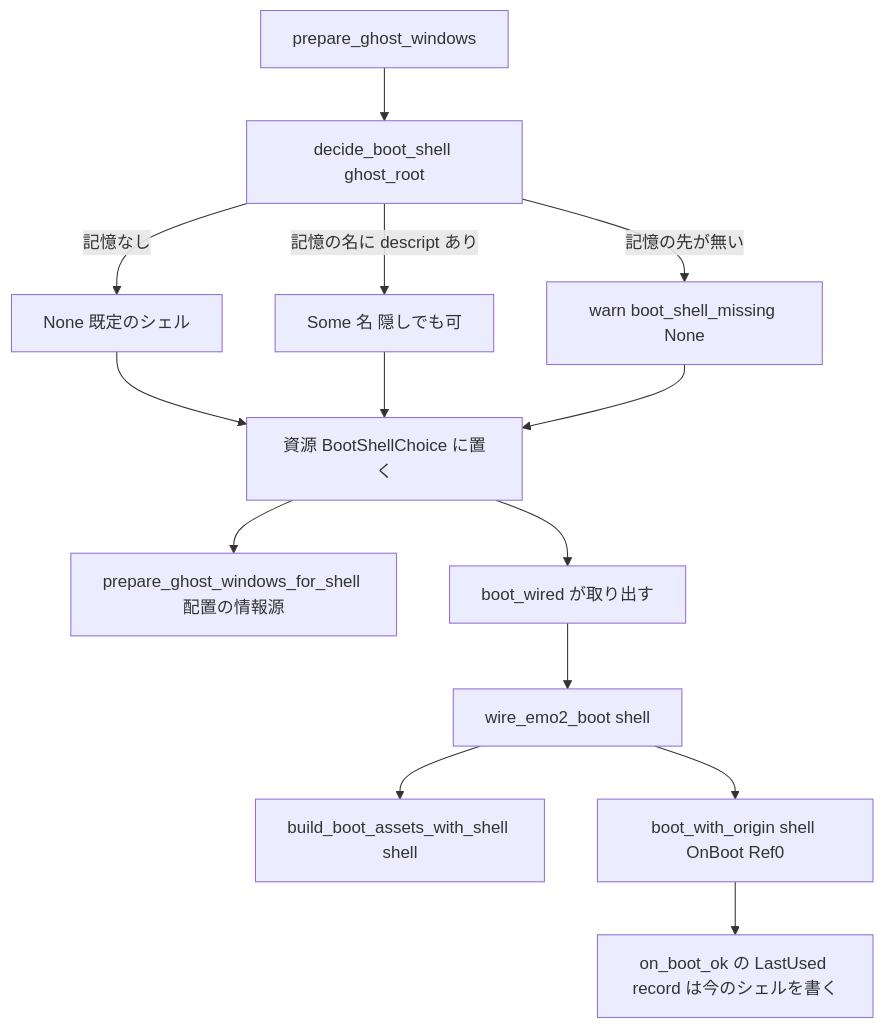
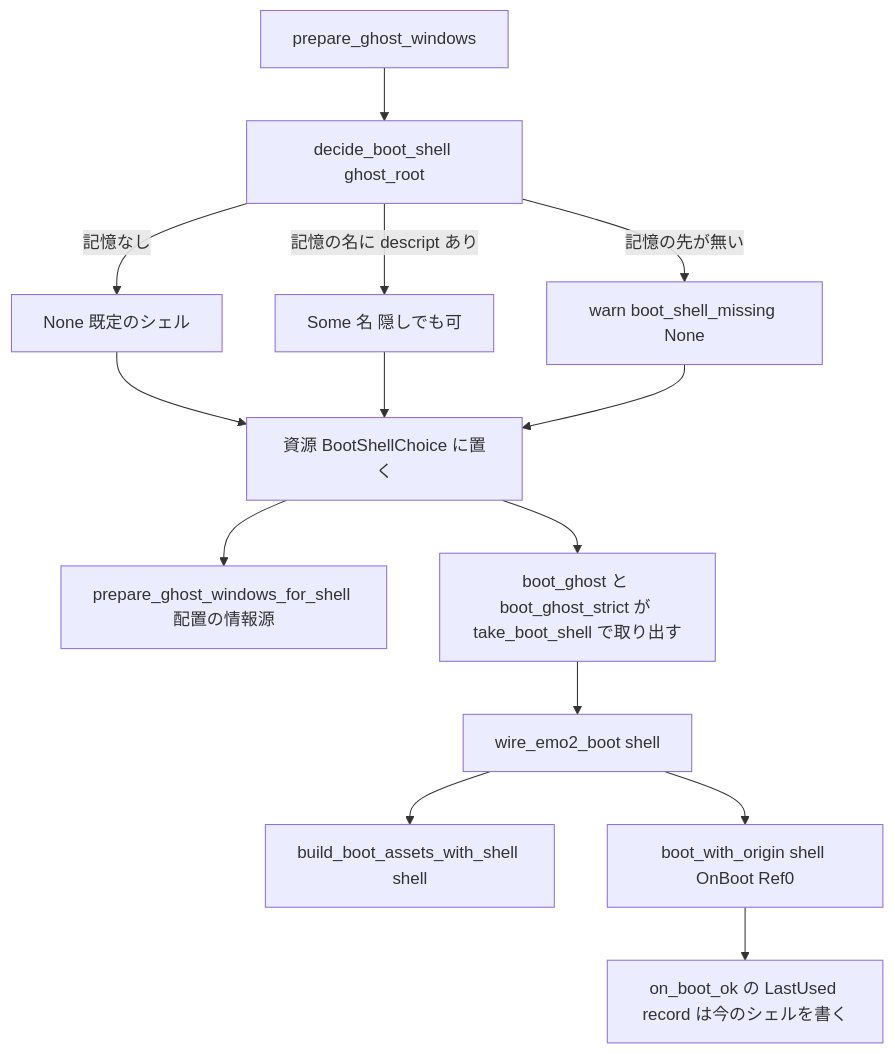
The fifth of 5 diagrams in .kiro/specs/areka-P0-shell-balloon-switch/design.md (ekicyou/areka), drawn with Mermaid before and after one commit. The commit also changed other lines of this file and 14 other files, not shown here.

````diff
--- a/.kiro/specs/areka-P0-shell-balloon-switch/design.md
+++ b/.kiro/specs/areka-P0-shell-balloon-switch/design.md
@@ -438,16 +455,16 @@
 ```mermaid
 flowchart TD
     Prep[prepare_ghost_windows] --> Decide[decide_boot_shell ghost_root]
     Decide -->|記憶なし| None1[None 既定のシェル]
     Decide -->|記憶の名に descript あり| Some1[Some 名 隠しでも可]
     Decide -->|記憶の先が無い| Warn[warn boot_shell_missing None]
     None1 --> Keep[資源 BootShellChoice に置く]
     Some1 --> Keep
     Warn --> Keep
     Keep --> Place[prepare_ghost_windows_for_shell 配置の情報源]
-    Keep --> Wired[boot_wired が取り出す]
+    Keep --> Wired[boot_ghost と boot_ghost_strict が take_boot_shell で取り出す]
     Wired --> Wire[wire_emo2_boot shell]
     Wire --> Assets[build_boot_assets_with_shell shell]
     Wire --> Runtime[boot_with_origin shell OnBoot Ref0]
     Runtime --> OnBootOk[on_boot_ok の LastUsed record は今のシェルを書く]
 ```
````
